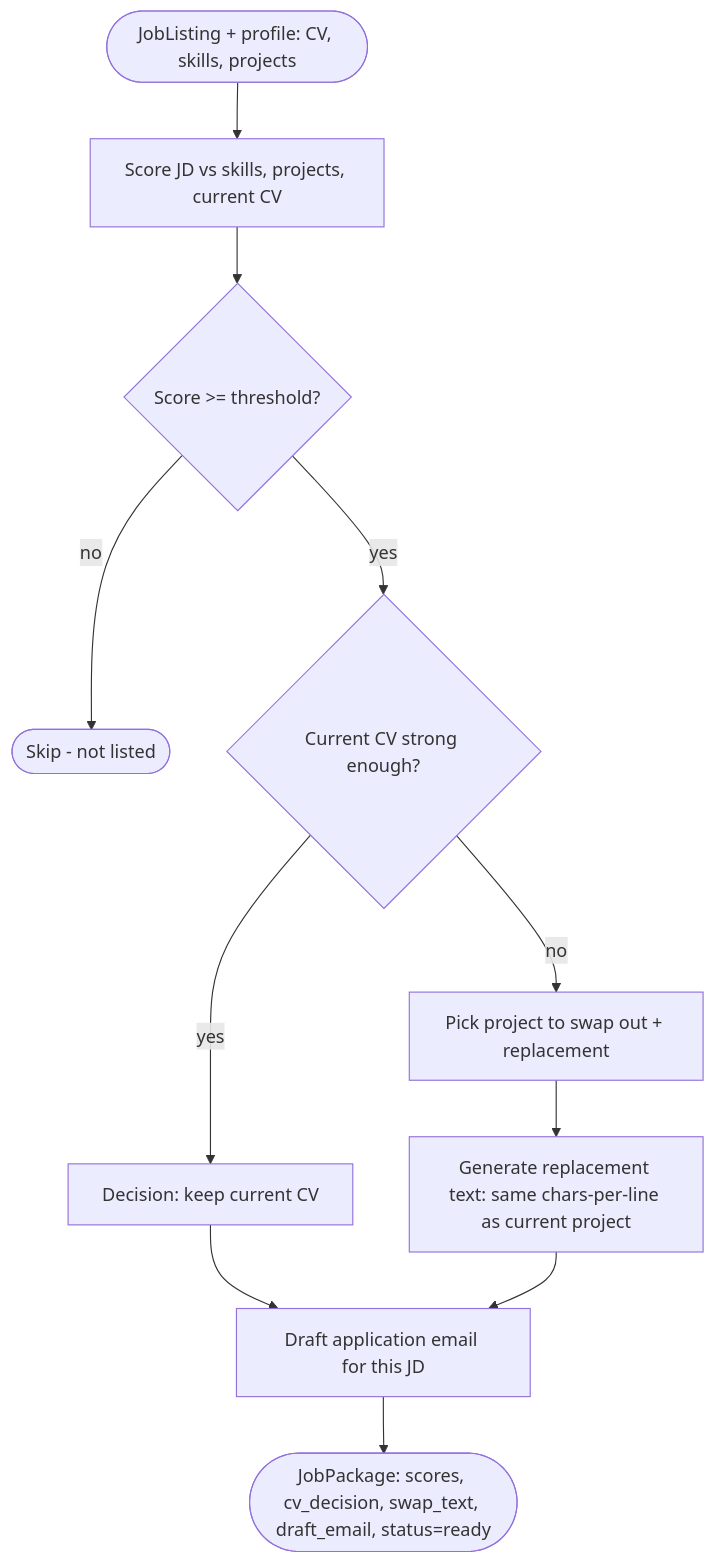
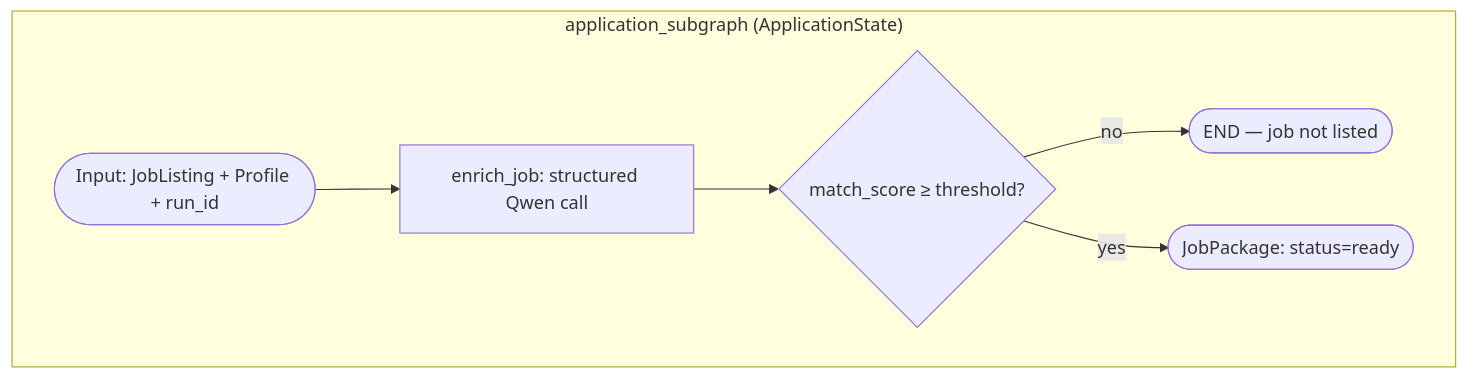
Before and after one commit to HamzaFayaz/JobPilot: the fifth of 10 diagrams in System Design/JobPilot-System-Design.md, drawn with Mermaid. The commit also changed other lines of this file, not shown here.

````diff
--- a/System Design/JobPilot-System-Design.md
+++ b/System Design/JobPilot-System-Design.md
@@ -152,20 +216,14 @@
 ```mermaid
 flowchart TD
-    jobIn(["JobListing + profile: CV, skills, projects"])
-    scoreStep["Score JD vs skills, projects, current CV"]
-    scoreGate{"Score >= threshold?"}
-    skipJob(["Skip - not listed"])
-    cvDecision{"Current CV strong enough?"}
-    keepCv["Decision: keep current CV"]
-    pickSwap["Pick project to swap out + replacement"]
-    fmtSwap["Generate replacement text: same chars-per-line as current project"]
-    draftEmail["Draft application email for this JD"]
-    pkgOut(["JobPackage: scores, cv_decision, swap_text, draft_email, status=ready"])
+    subgraph appSubgraph ["application_subgraph (ApplicationState)"]
+        jobIn(["Input: JobListing + Profile + run_id"])
+        enrichJob["enrich_job: structured Qwen call"]
+        scoreGate{"match_score ≥ threshold?"}
+        skipJob(["END — job not listed"])
+        pkgOut(["JobPackage: status=ready"])
 
-    jobIn --> scoreStep --> scoreGate
-    scoreGate -->|no| skipJob
-    scoreGate -->|yes| cvDecision
-    cvDecision -->|yes| keepCv --> draftEmail
-    cvDecision -->|no| pickSwap --> fmtSwap --> draftEmail
-    draftEmail --> pkgOut
+        jobIn --> enrichJob --> scoreGate
+        scoreGate -->|no| skipJob
+        scoreGate -->|yes| pkgOut
+    end
 ```
````
